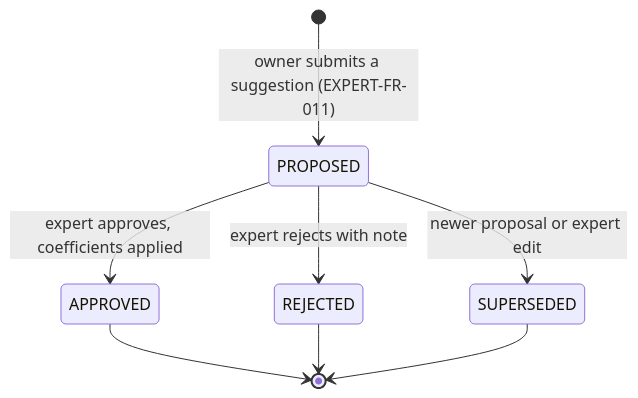
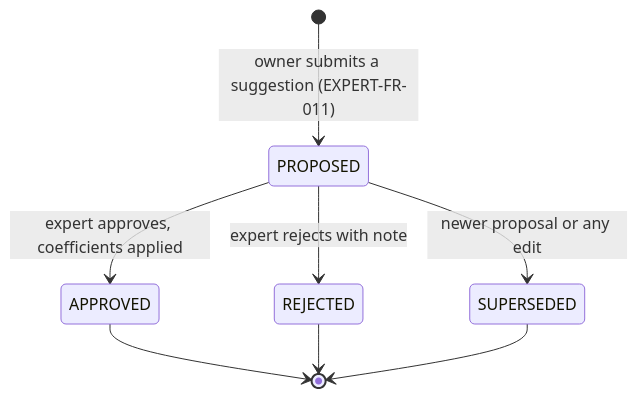
One commit to NBao261/SwiftletCare_KLTN changed diagram 13 of 35 in docs/reports/report4-sdd.md. Above: the diagram before and after it, drawn with Mermaid. The commit also changed other lines of this file and 3 other files, not shown here.

````diff
--- a/docs/reports/report4-sdd.md
+++ b/docs/reports/report4-sdd.md
@@ -894,10 +894,10 @@
 ```mermaid
 stateDiagram-v2
   [*] --> PROPOSED : owner submits a suggestion (EXPERT-FR-011)
   PROPOSED --> APPROVED : expert approves, coefficients applied
   PROPOSED --> REJECTED : expert rejects with note
-  PROPOSED --> SUPERSEDED : newer proposal or expert edit
+  PROPOSED --> SUPERSEDED : newer proposal or any edit
   APPROVED --> [*]
   REJECTED --> [*]
   SUPERSEDED --> [*]
 ```
````
